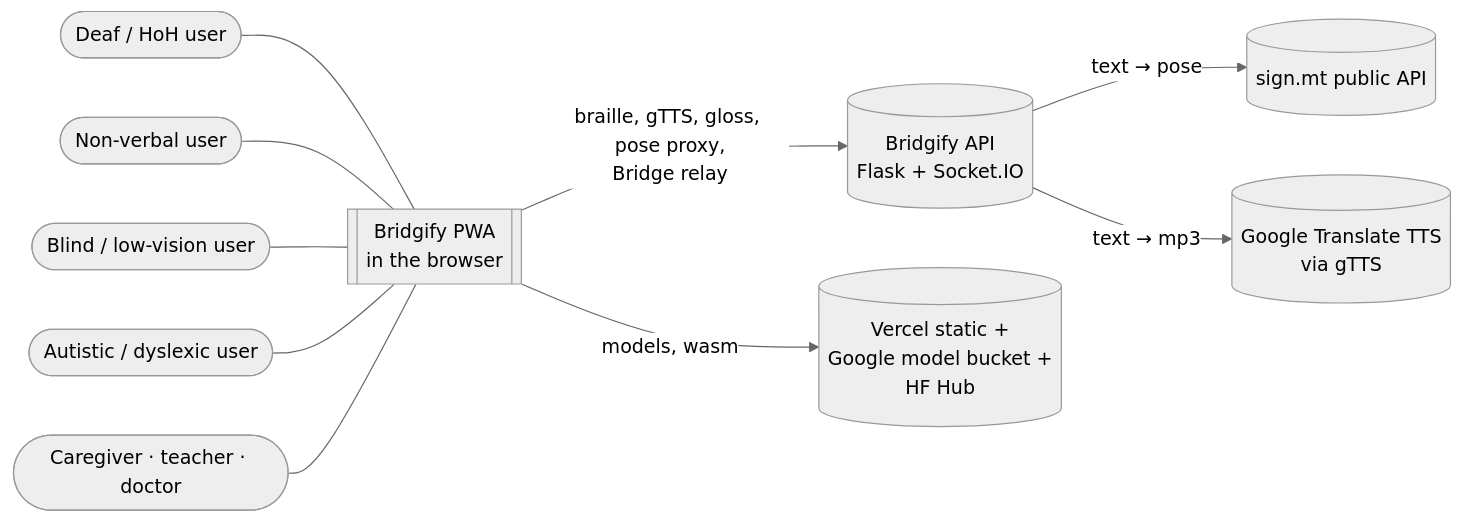
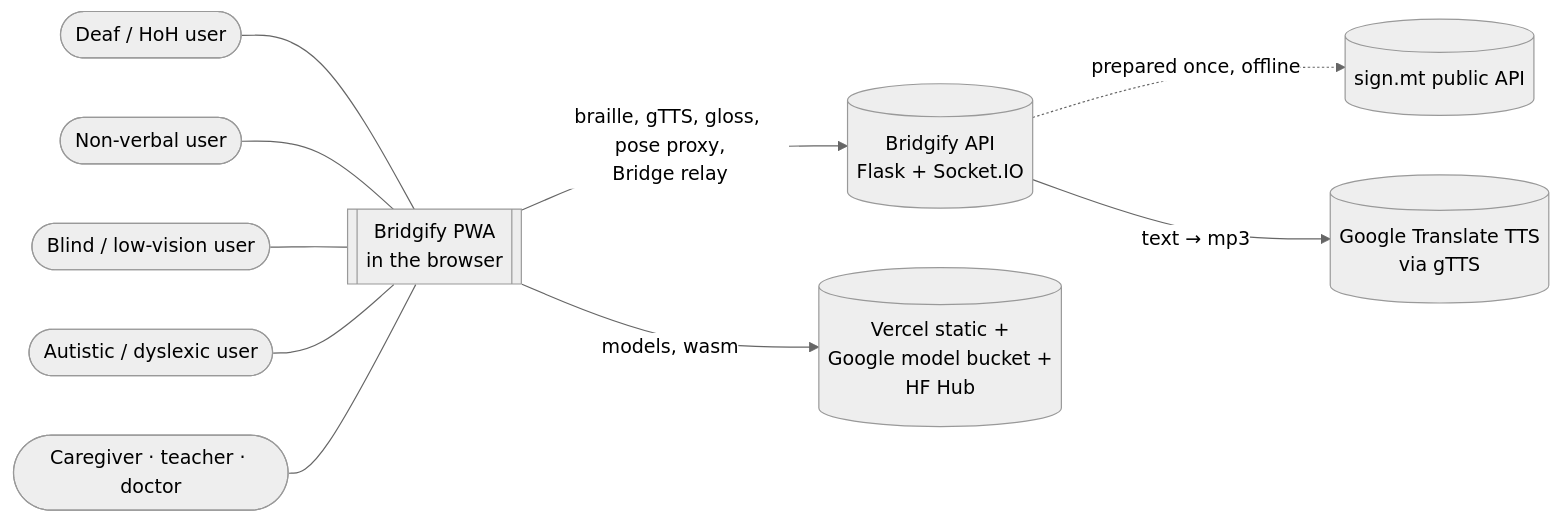
The first of 5 diagrams in docs/03-SYSTEM/SYSTEM-ARCHITECTURE.md (RidzM/bridgify), drawn with Mermaid (neutral theme) before and after one commit. The commit also changed other lines of this file and 21 other files, not shown here.

Commit message:
Fix the Grade 2 braille lesson; Text to sign plays only Bridgify's stored signs and names the words it fingerspells; docs updated

````diff
--- a/docs/03-SYSTEM/SYSTEM-ARCHITECTURE.md
+++ b/docs/03-SYSTEM/SYSTEM-ARCHITECTURE.md
@@ -58,13 +58,13 @@
 ```mermaid
 flowchart LR
   U1([Deaf / HoH user]) --- B
   U2([Non-verbal user]) --- B
   U3([Blind / low-vision user]) --- B
   U4([Autistic / dyslexic user]) --- B
   U5([Caregiver · teacher · doctor]) --- B
   B[[Bridgify PWA<br/>in the browser]]
   B -->|braille, gTTS, gloss, pose proxy,<br/>Bridge relay| S[(Bridgify API<br/>Flask + Socket.IO)]
   B -->|models, wasm| CDN[(Vercel static +<br/>Google model bucket +<br/>HF Hub)]
-  S -->|text → pose| SM[(sign.mt public API)]
+  S -.->|prepared once, offline| SM[(sign.mt public API)]
   S -->|text → mp3| GT[(Google Translate TTS<br/>via gTTS)]
 ```
````
